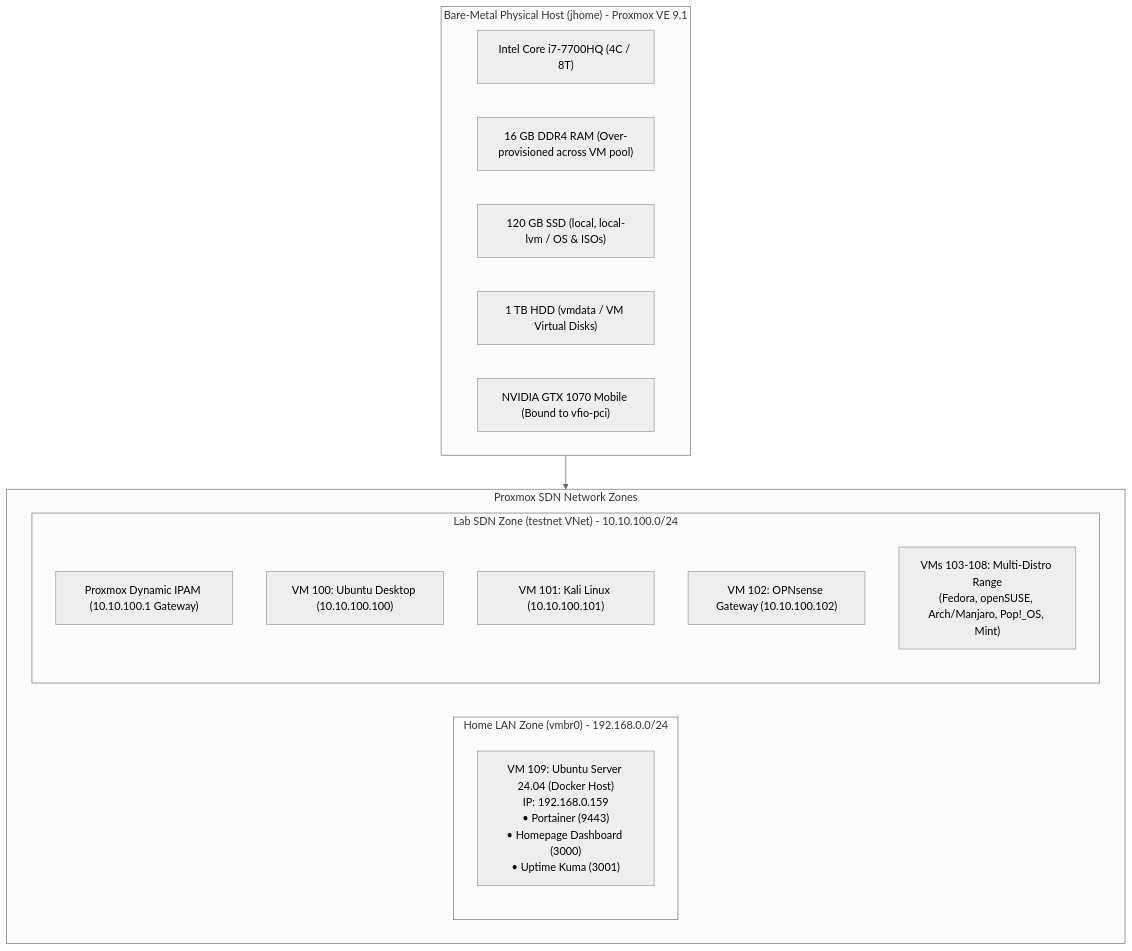
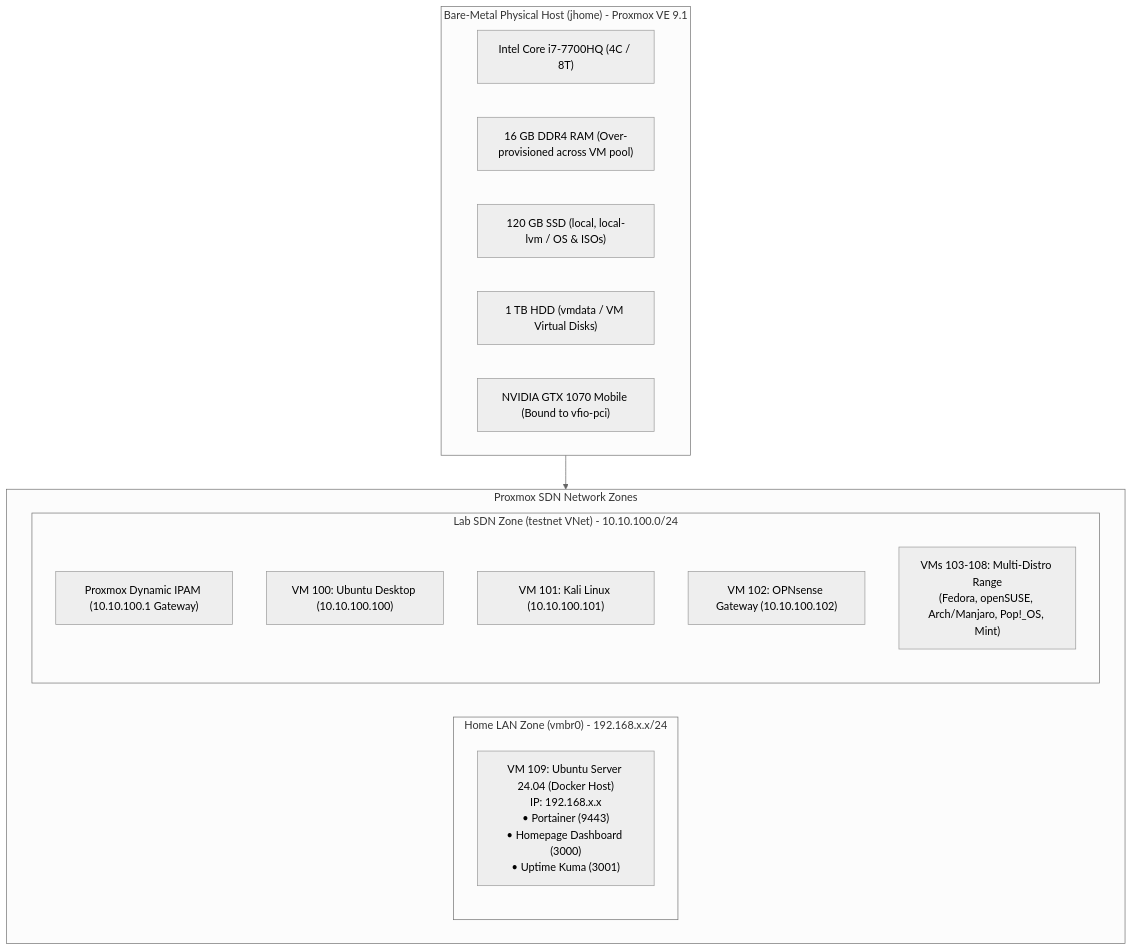
The diagram in docs/technical-labs/proxmox-virtualization.md (jkosber/jkosber.github.io), drawn with Mermaid (neutral theme) before and after one commit. The commit also changed other lines of this file and 12 other files, not shown here.

Commit message:
De-Gemini polish: fix LaTeX, firewall count, orphan asset, pin deploy, cut duplication, trim diagrams to 2, plain prose

````diff
--- a/docs/technical-labs/proxmox-virtualization.md
+++ b/docs/technical-labs/proxmox-virtualization.md
@@ -23,31 +23,31 @@
 ```mermaid
 flowchart TD
     subgraph PhysicalPlatform ["Bare-Metal Physical Host (jhome) - Proxmox VE 9.1"]
         CPU["Intel Core i7-7700HQ (4C / 8T)"]
         RAM["16 GB DDR4 RAM (Over-provisioned across VM pool)"]
         StorageSSD["120 GB SSD (local, local-lvm / OS & ISOs)"]
         StorageHDD["1 TB HDD (vmdata / VM Virtual Disks)"]
         GPU["NVIDIA GTX 1070 Mobile (Bound to vfio-pci)"]
     end
 
     subgraph NetZones ["Proxmox SDN Network Zones"]
-        subgraph HomeZone ["Home LAN Zone (vmbr0) - 192.168.0.0/24"]
+        subgraph HomeZone ["Home LAN Zone (vmbr0) - 192.168.x.x/24"]
             VM109["VM 109: Ubuntu Server 24.04 (Docker Host)
-IP: 192.168.0.159
+IP: 192.168.x.x
 • Portainer (9443)
 • Homepage Dashboard (3000)
 • Uptime Kuma (3001)"]
         end
 
         subgraph LabZone ["Lab SDN Zone (testnet VNet) - 10.10.100.0/24"]
             PVE_IPAM["Proxmox Dynamic IPAM (10.10.100.1 Gateway)"]
             VM100["VM 100: Ubuntu Desktop (10.10.100.100)"]
             VM101["VM 101: Kali Linux (10.10.100.101)"]
             VM102["VM 102: OPNsense Gateway (10.10.100.102)"]
             VM103_108["VMs 103-108: Multi-Distro Range
 (Fedora, openSUSE, Arch/Manjaro, Pop!_OS, Mint)"]
         end
     end
 
     PhysicalPlatform --> NetZones
 ```
````
